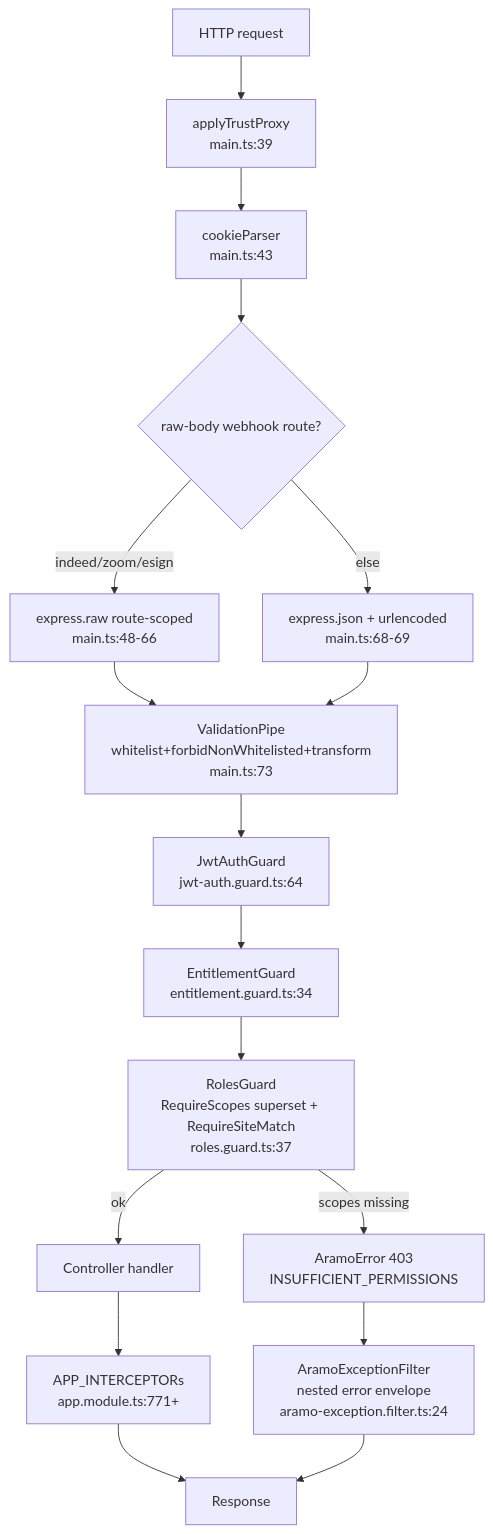
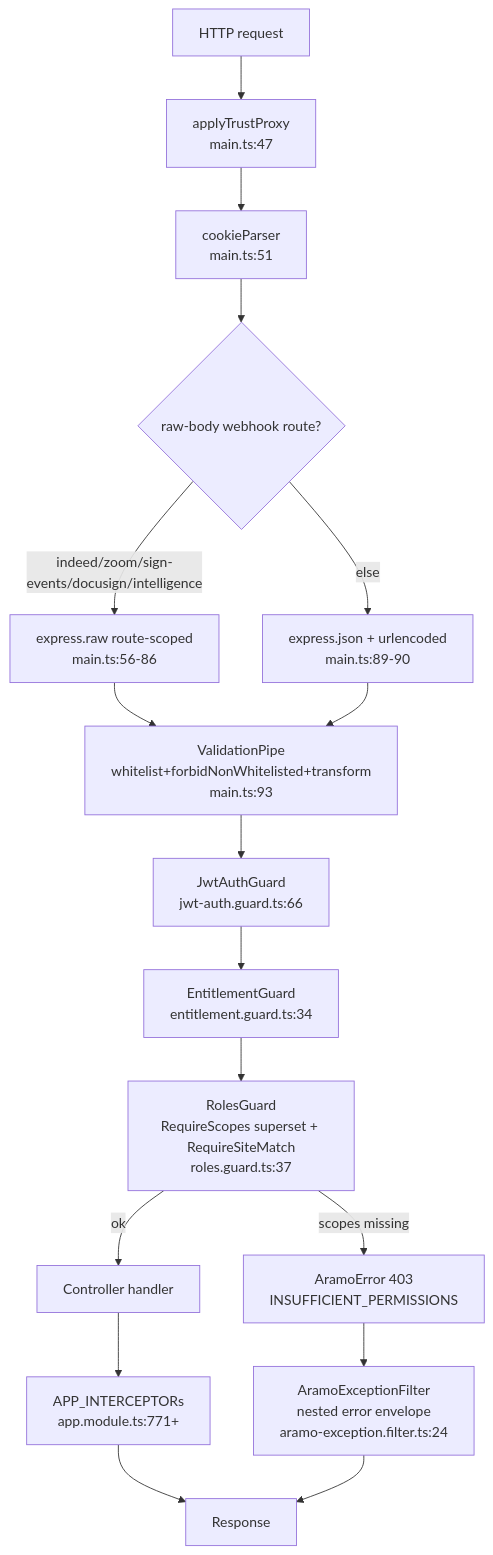
Before and after one commit to astreinc/aramo-platform: the first of 3 diagrams in doc/recon/as-built/D03-backend-api-surface.md, drawn with Mermaid. The commit also changed other lines of this file and 59 other files, not shown here.

````diff
--- a/doc/recon/as-built/D03-backend-api-surface.md
+++ b/doc/recon/as-built/D03-backend-api-surface.md
@@ -130,19 +194,19 @@
 ```mermaid
 flowchart TD
-  REQ[HTTP request] --> TP[applyTrustProxy<br/>main.ts:39]
-  TP --> CK[cookieParser<br/>main.ts:43]
+  REQ[HTTP request] --> TP[applyTrustProxy<br/>main.ts:47]
+  TP --> CK[cookieParser<br/>main.ts:51]
   CK --> RAW{raw-body webhook route?}
-  RAW -- indeed/zoom/esign --> RB[express.raw route-scoped<br/>main.ts:48-66]
-  RAW -- else --> JSON[express.json + urlencoded<br/>main.ts:68-69]
+  RAW -- indeed/zoom/sign-events/docusign/intelligence --> RB[express.raw route-scoped<br/>main.ts:56-86]
+  RAW -- else --> JSON[express.json + urlencoded<br/>main.ts:89-90]
   RB --> VP
-  JSON --> VP[ValidationPipe<br/>whitelist+forbidNonWhitelisted+transform<br/>main.ts:73]
-  VP --> G1[JwtAuthGuard<br/>jwt-auth.guard.ts:64]
+  JSON --> VP[ValidationPipe<br/>whitelist+forbidNonWhitelisted+transform<br/>main.ts:93]
+  VP --> G1[JwtAuthGuard<br/>jwt-auth.guard.ts:66]
   G1 --> G2[EntitlementGuard<br/>entitlement.guard.ts:34]
   G2 --> G3[RolesGuard<br/>RequireScopes superset + RequireSiteMatch<br/>roles.guard.ts:37]
   G3 -- scopes missing --> ERR[AramoError 403<br/>INSUFFICIENT_PERMISSIONS]
   G3 -- ok --> H[Controller handler]
   H --> INT[APP_INTERCEPTORs<br/>app.module.ts:771+]
   INT --> RESP[Response]
   ERR --> FILT[AramoExceptionFilter<br/>nested error envelope<br/>aramo-exception.filter.ts:24]
   FILT --> RESP
 ```
````
